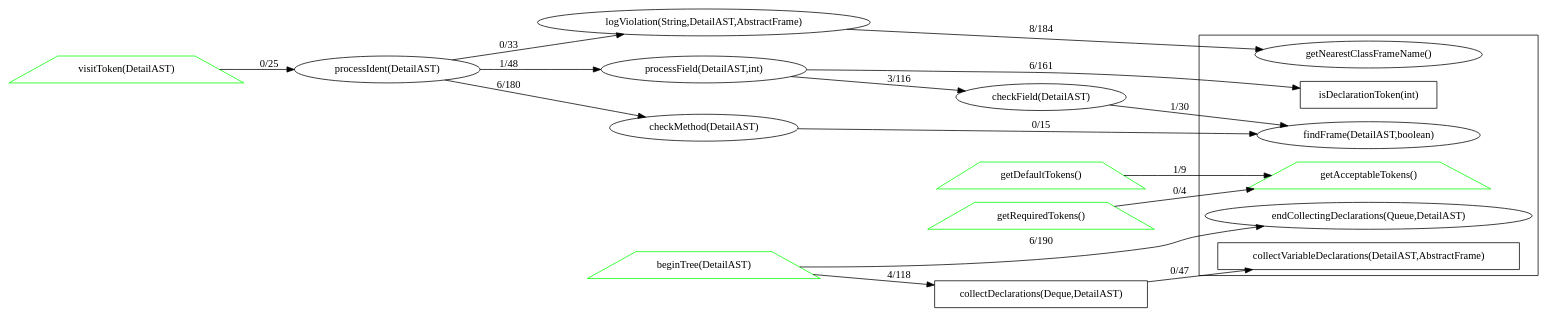
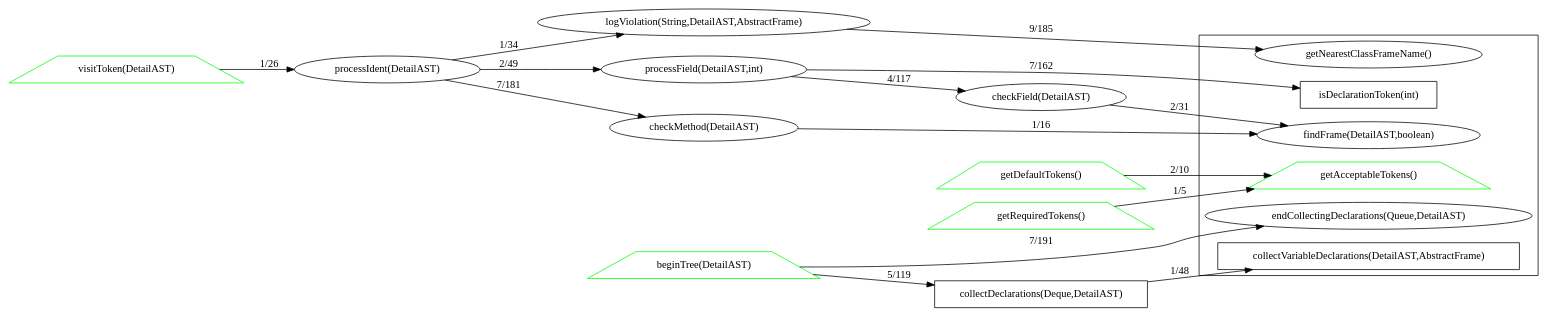
The diagram in dot/RequireThisCheck.java.dot (alex-zuy/alex-zuy.github.io), drawn with Graphviz before and after one commit. The commit also changed 11 other files, not shown here.

```diff
--- a/dot/RequireThisCheck.java.dot
+++ b/dot/RequireThisCheck.java.dot
@@ -1,49 +1,49 @@
 digraph dependencies {
 rankdir = "LR";
 subgraph clustersimple {
 "collectVariableDeclarations(DetailAST,AbstractFrame)" [ color="#000000ff" shape="polygon" ];
 "endCollectingDeclarations(Queue,DetailAST)" [ color="#000000ff" ];
 "findFrame(DetailAST,boolean)" [ color="#000000ff" ];
 "isDeclarationToken(int)" [ color="#000000ff" shape="polygon" ];
 "getNearestClassFrameName()" [ color="#000000ff" ];
 "getAcceptableTokens()" [ color="#00ff00ff" shape="trapezium" ];
 }
 "checkField(DetailAST)" [ color="#000000ff" ];
 "checkMethod(DetailAST)" [ color="#000000ff" ];
 "getDefaultTokens()" [ color="#00ff00ff" shape="trapezium" ];
 "getRequiredTokens()" [ color="#00ff00ff" shape="trapezium" ];
 "beginTree(DetailAST)" [ color="#00ff00ff" shape="trapezium" ];
 "visitToken(DetailAST)" [ color="#00ff00ff" shape="trapezium" ];
 "processIdent(DetailAST)" [ color="#000000ff" ];
 "logViolation(String,DetailAST,AbstractFrame)" [ color="#000000ff" ];
 "processField(DetailAST,int)" [ color="#000000ff" ];
 "collectDeclarations(Deque,DetailAST)" [ color="#000000ff" shape="polygon" ];
-"checkField(DetailAST)" -> "findFrame(DetailAST,boolean)" [ label="1/30" ];
-"checkMethod(DetailAST)" -> "findFrame(DetailAST,boolean)" [ label="0/15" ];
-"getDefaultTokens()" -> "getAcceptableTokens()" [ label="1/9" ];
-"getRequiredTokens()" -> "getAcceptableTokens()" [ label="0/4" ];
-"beginTree(DetailAST)" -> "endCollectingDeclarations(Queue,DetailAST)" [ label="6/190" ];
-"beginTree(DetailAST)" -> "collectDeclarations(Deque,DetailAST)" [ label="4/118" ];
-"visitToken(DetailAST)" -> "processIdent(DetailAST)" [ label="0/25" ];
-"processIdent(DetailAST)" -> "checkMethod(DetailAST)" [ label="6/180" ];
-"processIdent(DetailAST)" -> "logViolation(String,DetailAST,AbstractFrame)" [ label="0/33" ];
-"processIdent(DetailAST)" -> "processField(DetailAST,int)" [ label="1/48" ];
-"logViolation(String,DetailAST,AbstractFrame)" -> "getNearestClassFrameName()" [ label="8/184" ];
-"processField(DetailAST,int)" -> "checkField(DetailAST)" [ label="3/116" ];
-"processField(DetailAST,int)" -> "isDeclarationToken(int)" [ label="6/161" ];
-"collectDeclarations(Deque,DetailAST)" -> "collectVariableDeclarations(DetailAST,AbstractFrame)" [ label="0/47" ];
+"checkField(DetailAST)" -> "findFrame(DetailAST,boolean)" [ label="2/31" ];
+"checkMethod(DetailAST)" -> "findFrame(DetailAST,boolean)" [ label="1/16" ];
+"getDefaultTokens()" -> "getAcceptableTokens()" [ label="2/10" ];
+"getRequiredTokens()" -> "getAcceptableTokens()" [ label="1/5" ];
+"beginTree(DetailAST)" -> "endCollectingDeclarations(Queue,DetailAST)" [ label="7/191" ];
+"beginTree(DetailAST)" -> "collectDeclarations(Deque,DetailAST)" [ label="5/119" ];
+"visitToken(DetailAST)" -> "processIdent(DetailAST)" [ label="1/26" ];
+"processIdent(DetailAST)" -> "checkMethod(DetailAST)" [ label="7/181" ];
+"processIdent(DetailAST)" -> "logViolation(String,DetailAST,AbstractFrame)" [ label="1/34" ];
+"processIdent(DetailAST)" -> "processField(DetailAST,int)" [ label="2/49" ];
+"logViolation(String,DetailAST,AbstractFrame)" -> "getNearestClassFrameName()" [ label="9/185" ];
+"processField(DetailAST,int)" -> "checkField(DetailAST)" [ label="4/117" ];
+"processField(DetailAST,int)" -> "isDeclarationToken(int)" [ label="7/162" ];
+"collectDeclarations(Deque,DetailAST)" -> "collectVariableDeclarations(DetailAST,AbstractFrame)" [ label="1/48" ];
 /*
 Legend
 Node border color:
     a) GREEN - public
     b) YELLOW - protected
     c) BLACK - private
     d) BLUE - default
 Node shape:
     if static - rectangle
     otherwise if override - trapezium
     otherwise if overloaded - triangle
     otherwise ellipse
 
 */
 }
```
